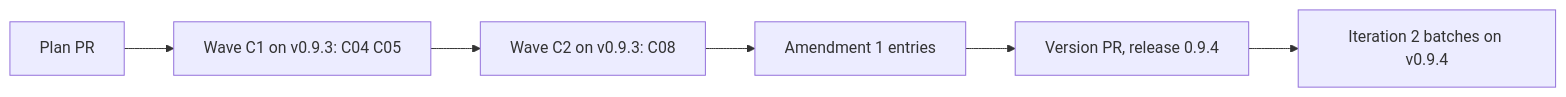
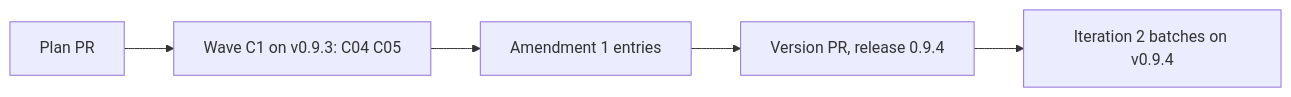
The diagram in docs/plan-0.9.4.md (alfhen/agent-pr-pipeline), drawn with Mermaid before and after one commit. The commit also changed other lines of this file, not shown here.

First line of the commit message:
Plan 0.9.4: hold C08, build notes for C04 and C05, fix stale findings

````diff
--- a/docs/plan-0.9.4.md
+++ b/docs/plan-0.9.4.md
@@ -68,4 +71,4 @@
 ```mermaid
 flowchart LR
-  P[Plan PR] --> C1[Wave C1 on v0.9.3: C04 C05] --> C2[Wave C2 on v0.9.3: C08] --> A[Amendment 1 entries] --> R[Version PR, release 0.9.4] --> B[Iteration 2 batches on v0.9.4]
+  P[Plan PR] --> C1[Wave C1 on v0.9.3: C04 C05] --> A[Amendment 1 entries] --> R[Version PR, release 0.9.4] --> B[Iteration 2 batches on v0.9.4]
 ```
````
